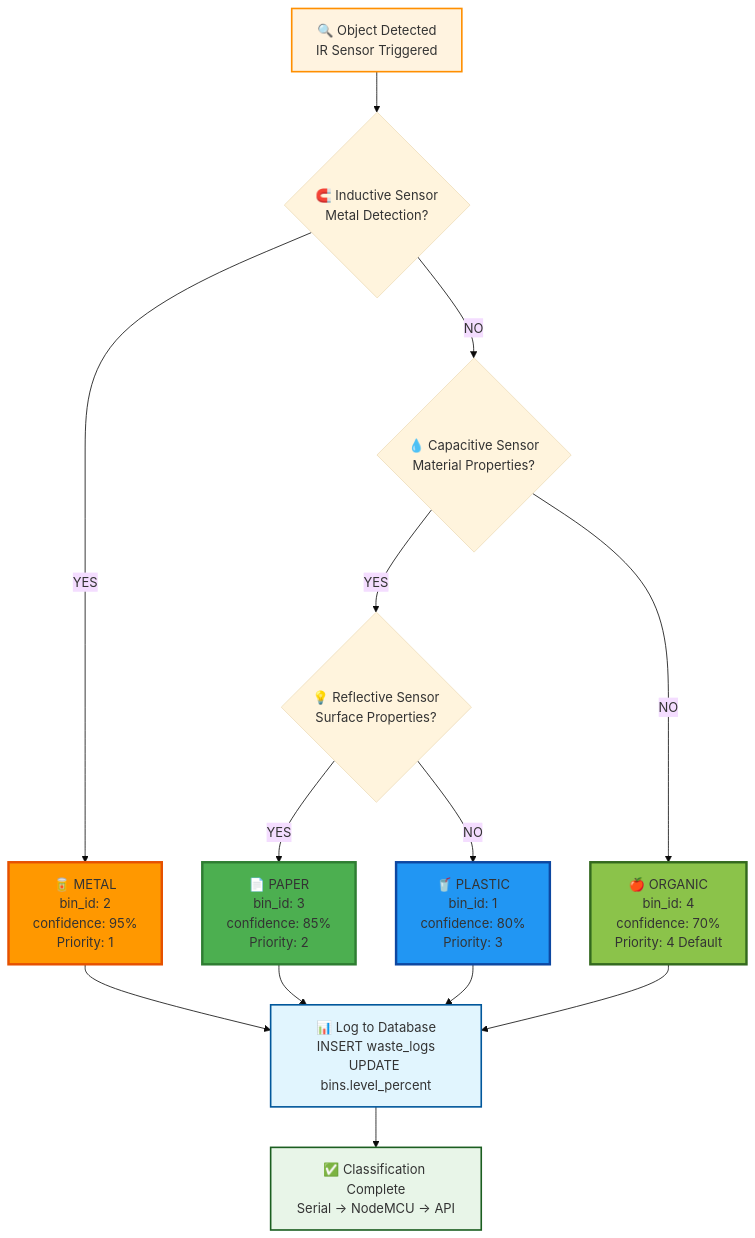
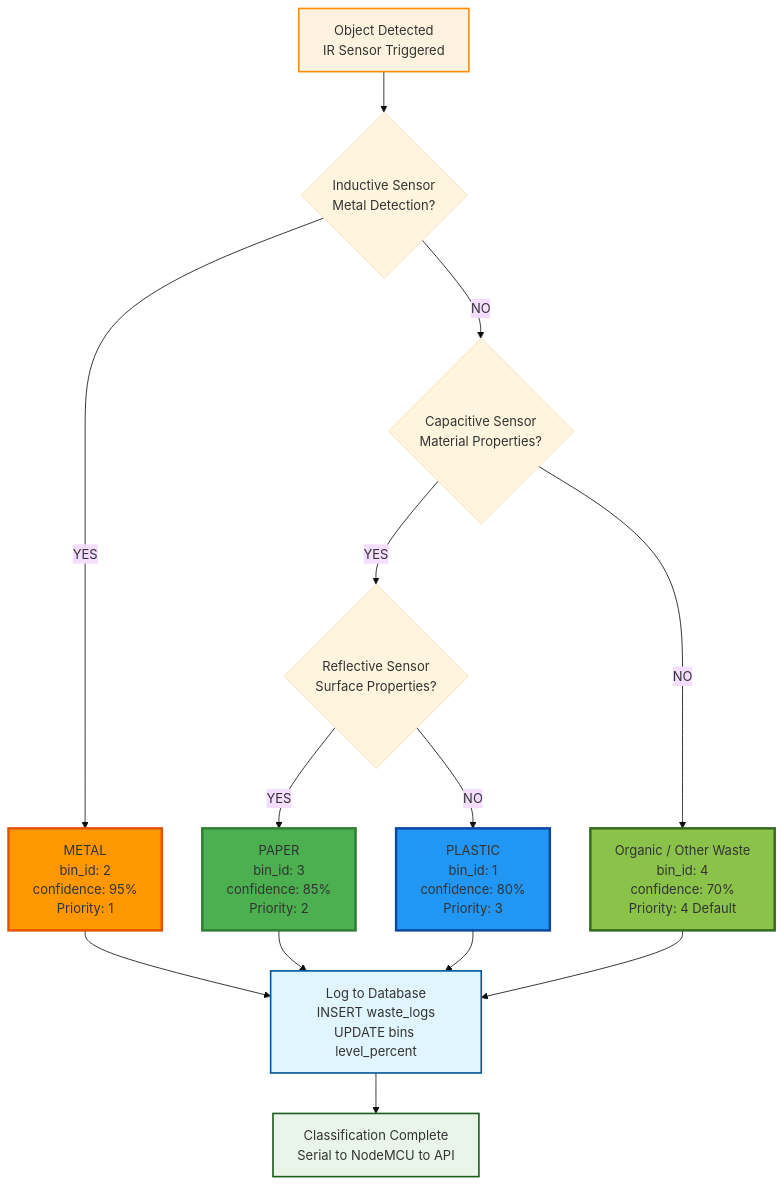
The seventh of 8 diagrams in docs/other system.md (gabnavph/Uniform-detection-system), drawn with Mermaid (base theme) before and after one commit. The commit also changed other lines of this file, not shown here.

First line of the commit message:
Revise documentation for SMART WASTE SYSTEM

````diff
--- a/docs/other system.md
+++ b/docs/other system.md
@@ -622,31 +622,31 @@
 ```mermaid
 flowchart TD
-    A[🔍 Object Detected<br/>IR Sensor Triggered] --> B{🧲 Inductive Sensor<br/>Metal Detection?}
+    A[Object Detected<br/>IR Sensor Triggered] --> B{Inductive Sensor<br/>Metal Detection?}
     
-    B -->|YES| C[🥫 METAL<br/>bin_id: 2<br/>confidence: 95%<br/>Priority: 1]
+    B -->|YES| C[METAL<br/>bin_id: 2<br/>confidence: 95%<br/>Priority: 1]
     
-    B -->|NO| D{💧 Capacitive Sensor<br/>Material Properties?}
+    B -->|NO| D{Capacitive Sensor<br/>Material Properties?}
     
-    D -->|YES| E{💡 Reflective Sensor<br/>Surface Properties?}
+    D -->|YES| E{Reflective Sensor<br/>Surface Properties?}
     
-    E -->|YES| F[📄 PAPER<br/>bin_id: 3<br/>confidence: 85%<br/>Priority: 2]
+    E -->|YES| F[PAPER<br/>bin_id: 3<br/>confidence: 85%<br/>Priority: 2]
     
-    E -->|NO| G[🥤 PLASTIC<br/>bin_id: 1<br/>confidence: 80%<br/>Priority: 3]
+    E -->|NO| G[PLASTIC<br/>bin_id: 1<br/>confidence: 80%<br/>Priority: 3]
     
-    D -->|NO| H[🍎 ORGANIC<br/>bin_id: 4<br/>confidence: 70%<br/>Priority: 4 Default]
+    D -->|NO| H[Organic / Other Waste<br/>bin_id: 4<br/>confidence: 70%<br/>Priority: 4 Default]
     
-    C --> I[📊 Log to Database<br/>INSERT waste_logs<br/>UPDATE bins.level_percent]
+    C --> I[Log to Database<br/>INSERT waste_logs<br/>UPDATE bins level_percent]
     F --> I
     G --> I
     H --> I
     
-    I --> J[✅ Classification Complete<br/>Serial → NodeMCU → API]
+    I --> J[Classification Complete<br/>Serial to NodeMCU to API]
     
     style C fill:#ff9800,stroke:#e65100,stroke-width:3px
     style F fill:#4caf50,stroke:#2e7d32,stroke-width:3px
     style G fill:#2196f3,stroke:#0d47a1,stroke-width:3px
     style H fill:#8bc34a,stroke:#33691e,stroke-width:3px
     style A fill:#fff3e0,stroke:#ff8f00,stroke-width:2px
     style I fill:#e1f5fe,stroke:#01579b,stroke-width:2px
     style J fill:#e8f5e8,stroke:#1b5e20,stroke-width:2px
 ```
````
